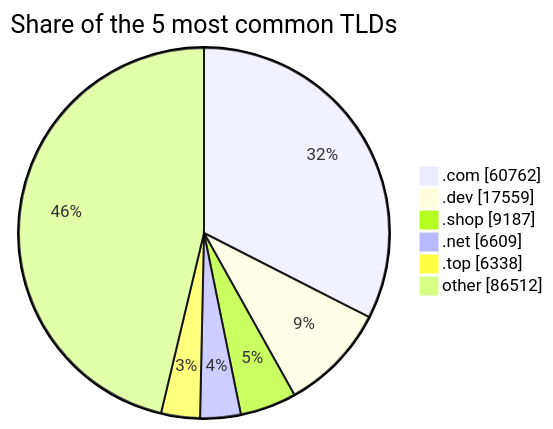
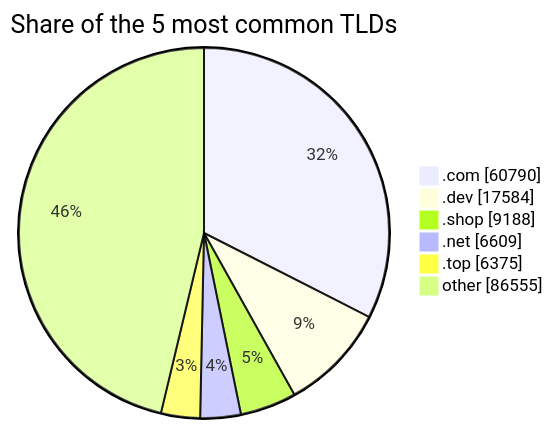
One commit to DNSBunker/CTI changed the third of 3 diagrams in README.md. Above: the diagram before and after it, drawn with Mermaid. The commit also changed other lines of this file and 3 other files, not shown here.

````diff
--- a/README.md
+++ b/README.md
@@ -81,9 +81,9 @@
 ```mermaid
 pie showData title Share of the 5 most common TLDs
-    ".com" : 60762
-    ".dev" : 17559
-    ".shop" : 9187
+    ".com" : 60790
+    ".dev" : 17584
+    ".shop" : 9188
     ".net" : 6609
-    ".top" : 6338
-    "other" : 86512
+    ".top" : 6375
+    "other" : 86555
 ```
````
